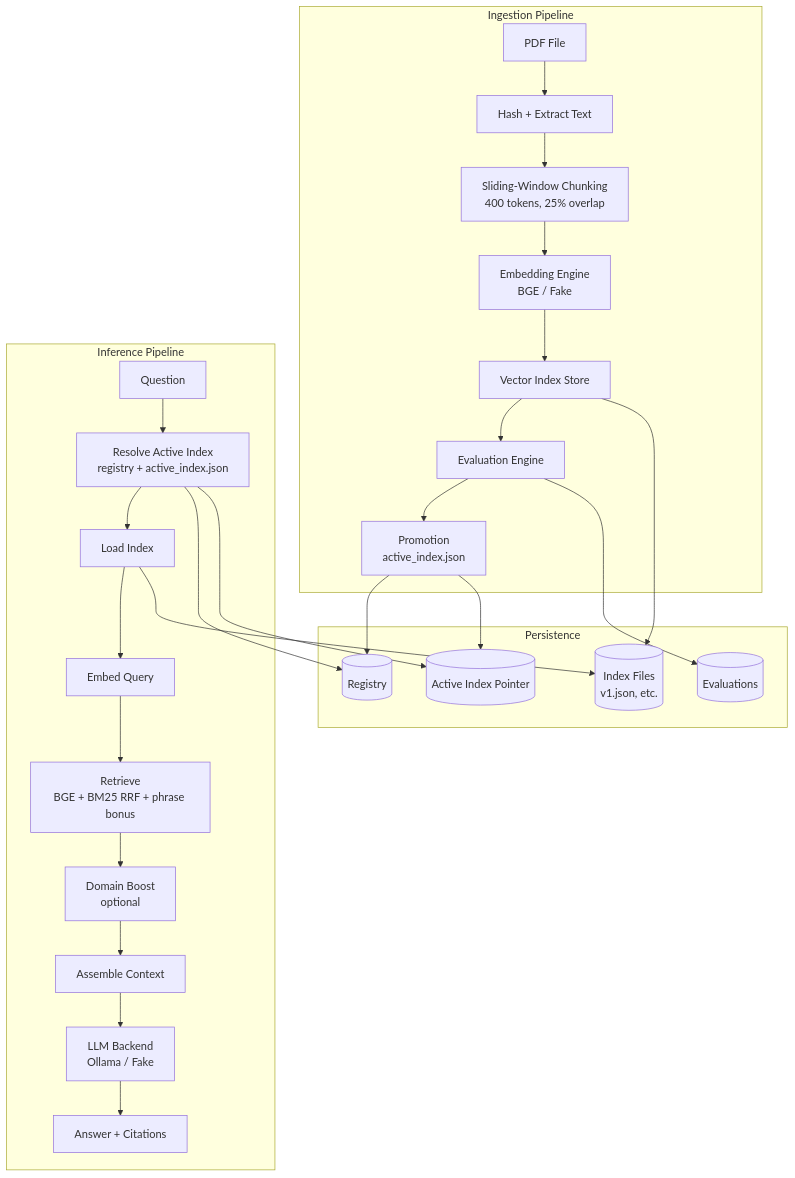
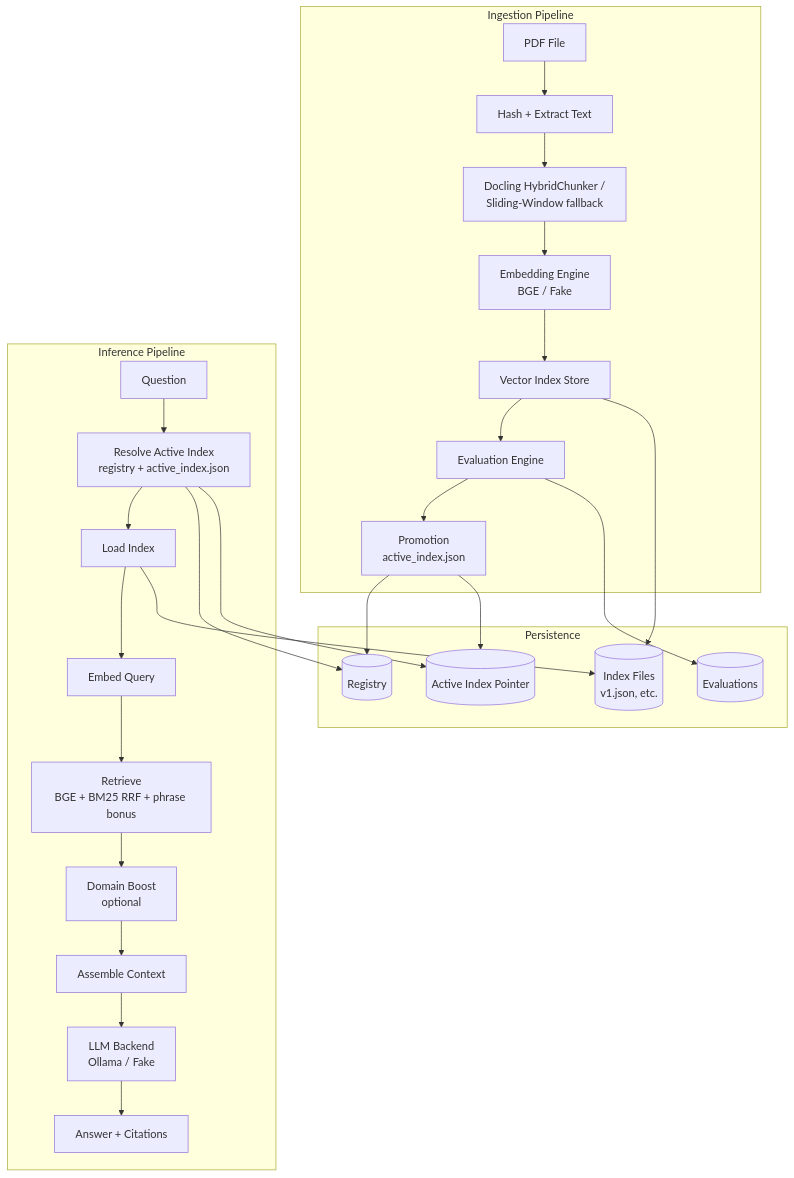
The diagram in README.md (ereztdev/RAGOps), drawn with Mermaid before and after one commit. The commit also changed other lines of this file and 1 other file, not shown here.

Commit message:
docs: update README and benchmark docs for Docling 80% results

````diff
--- a/README.md
+++ b/README.md
@@ -182,41 +183,41 @@
 ```mermaid
 flowchart TB
     subgraph INGESTION["Ingestion Pipeline"]
         PDF[PDF File]
         HASH[Hash + Extract Text]
-        CHUNK[Sliding-Window Chunking<br/>400 tokens, 25% overlap]
+        CHUNK[Docling HybridChunker /<br/>Sliding-Window fallback]
         EMBED_I[Embedding Engine<br/>BGE / Fake]
         STORE[Vector Index Store]
         EVAL[Evaluation Engine]
         PROMOTE[Promotion<br/>active_index.json]
         PDF --> HASH --> CHUNK --> EMBED_I --> STORE --> EVAL --> PROMOTE
     end
 
     subgraph INFERENCE["Inference Pipeline"]
         Q[Question]
         RESOLVE[Resolve Active Index<br/>registry + active_index.json]
         LOAD[Load Index]
         EMBED_Q[Embed Query]
         RETRIEVE[Retrieve<br/>BGE + BM25 RRF + phrase bonus]
         HYBRID[Domain Boost<br/>optional]
         CONTEXT[Assemble Context]
         LLM[LLM Backend<br/>Ollama / Fake]
         ANSWER[Answer + Citations]
         Q --> RESOLVE --> LOAD --> EMBED_Q --> RETRIEVE --> HYBRID --> CONTEXT --> LLM --> ANSWER
     end
 
     subgraph STORAGE["Persistence"]
         REGISTRY[(Registry)]
         ACTIVE[(Active Index Pointer)]
         INDEX[(Index Files<br/>v1.json, etc.)]
         EVALS[(Evaluations)]
     end
 
     PROMOTE --> REGISTRY
     PROMOTE --> ACTIVE
     STORE --> INDEX
     EVAL --> EVALS
     RESOLVE --> REGISTRY
     RESOLVE --> ACTIVE
     LOAD --> INDEX
 ```
````
